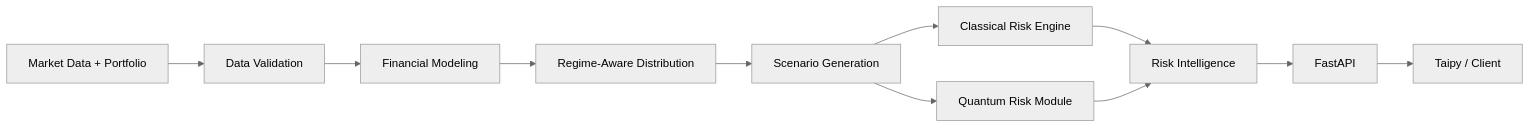
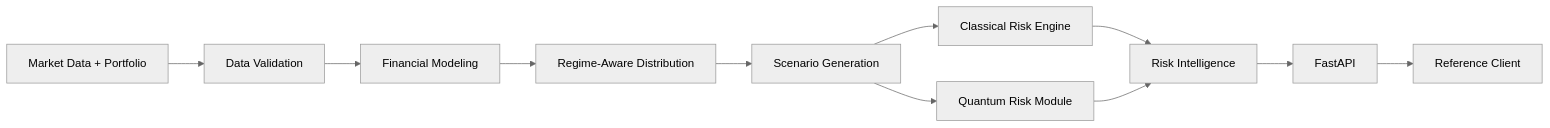
Before and after one commit to quantstellar-community/sigma: the second of 2 diagrams in README.md, drawn with Mermaid (neutral theme). The commit also changed other lines of this file and 1 other file, not shown here.

````diff
--- a/README.md
+++ b/README.md
@@ -199,13 +123,13 @@
-``` mermaid
+```mermaid
 flowchart LR
     A["Market Data + Portfolio"] --> B["Data Validation"]
     B --> C["Financial Modeling"]
     C --> D["Regime-Aware Distribution"]
     D --> E["Scenario Generation"]
     E --> F["Classical Risk Engine"]
     E --> G["Quantum Risk Module"]
     F --> H["Risk Intelligence"]
     G --> H
     H --> I["FastAPI"]
-    I --> J["Taipy / Client"]
+    I --> J["Reference Client"]
 ```
````
